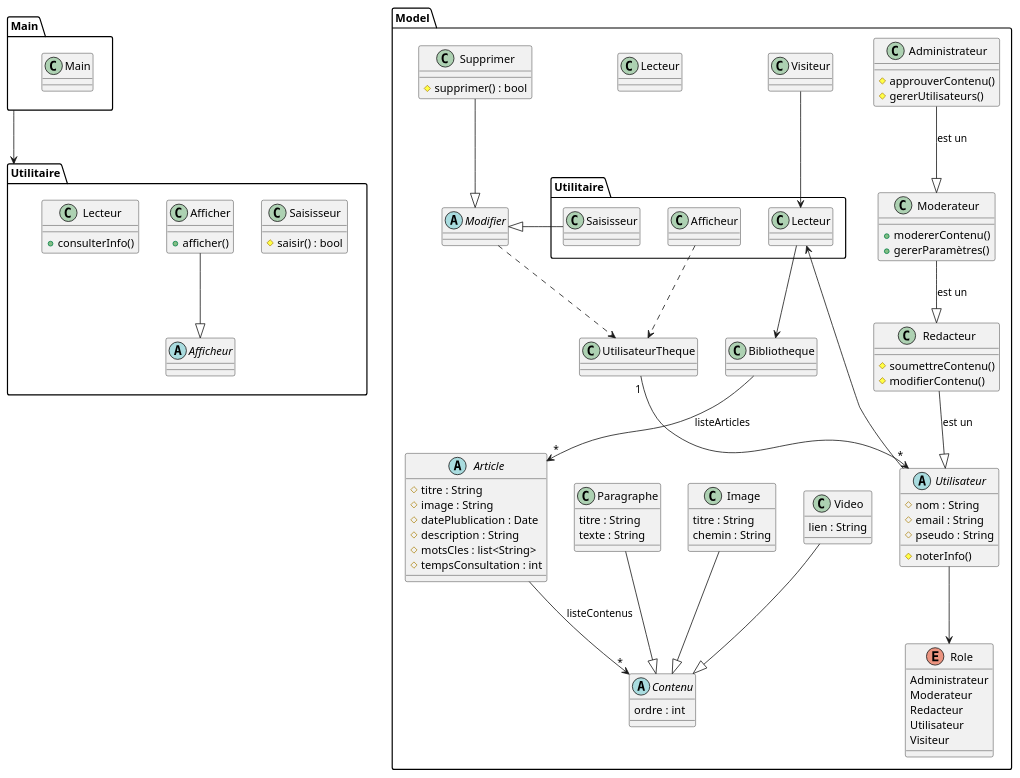
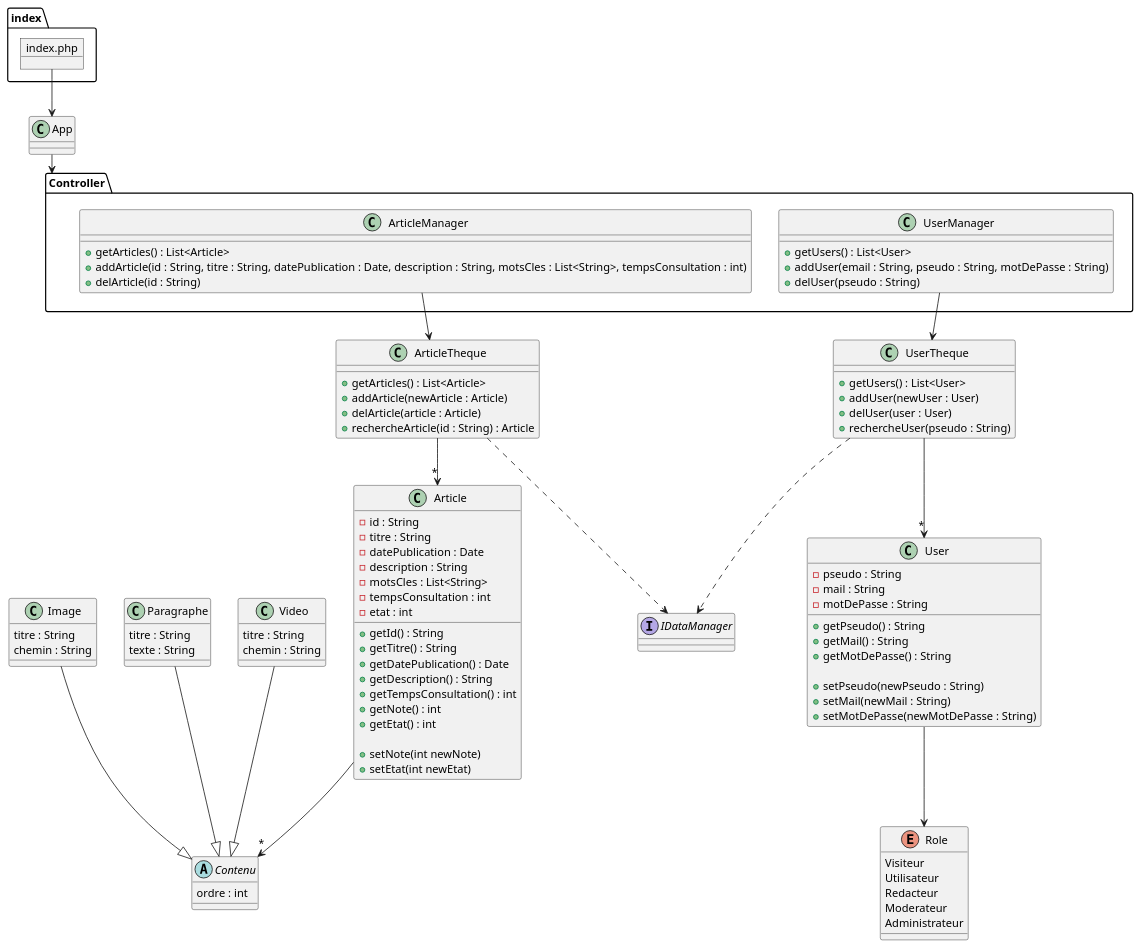
The diagram in Diagramme/diagrammeClasse.md (tonyfgs/Verax), drawn with PlantUML before and after one commit.

Commit message:
Modification du diagramme de classe, il est 'bien' mais pas complet ni solid

````diff
--- a/Diagramme/diagrammeClasse.md
+++ b/Diagramme/diagrammeClasse.md
@@ -2,113 +2,115 @@
 ```plantuml
 @startuml
-namespace Main{
-    class Main{}
+
+object index.php
+
+class App{
+
 }
-namespace Model{
-    class Visiteur{
+package Controller{
+    class ArticleManager{
+
+        + getArticles() : List<Article>
+        + addArticle(id : String, titre : String, datePublication : Date, description : String, motsCles : List<String>, tempsConsultation : int)
+        + delArticle(id : String)
     }
-    abstract Utilisateur {
-        # nom : String
-        # email : String
-        # pseudo : String
-        # noterInfo() 
+    class UserManager{
+
+        + getUsers() : List<User>
+        + addUser(email : String, pseudo : String, motDePasse : String)
+        + delUser(pseudo : String)
     }
-    class Redacteur {
-        # soumettreContenu()
-        # modifierContenu()
-    }
-    class Administrateur {
-        # approuverContenu()
-        # gererUtilisateurs()
-    }
-    class Moderateur {
-        + modererContenu()
-        + gererParamètres()
-    }
-    class UtilisateurTheque {
-    } 
-    class Lecteur{
-    }
-    abstract Modifier {
-    }
-    class Supprimer {
-        # supprimer() : bool
-    }
-
-    enum Role{
-        Administrateur
-        Moderateur
-        Redacteur
-        Utilisateur
-        Visiteur
-    }
-
-    abstract class Article{
-        # titre : String
-        # image : String
-        # datePlublication : Date
-        # description : String
-        # motsCles : list<String>
-        # tempsConsultation : int
-    }
-    abstract class Contenu{
-        ordre : int
-    }
-    class Image{
-        titre : String
-        chemin : String
-    }
-    class Paragraphe{
-        titre : String
-        texte : String
-    }
-    class Video{
-        lien : String
-    }
-    class Bibliotheque{}
-
-
-    Article --> "*" Contenu : "listeContenus"
-    Bibliotheque --> "*" Article : "listeArticles"
-
-    Paragraphe --|> Contenu
-    Image --|> Contenu
-    Video --|> Contenu
-
-    Redacteur --|> Utilisateur : est un
-    Moderateur --|>  Redacteur : est un
-    Administrateur --|> Moderateur : est un 
-    Utilisateur -->Role
-
-    Utilitaire.Lecteur --> Bibliotheque
-    UtilisateurTheque "1" --> "*"  Utilisateur
-    Modifier ..> UtilisateurTheque
-    Supprimer --|> Modifier
-
-    Utilisateur --> Utilitaire.Lecteur
-    Visiteur --> Utilitaire.Lecteur
-    Utilitaire.Saisisseur --|> Modifier
-    Utilitaire.Afficheur ..> UtilisateurTheque
 }
 
-namespace Utilitaire{
-    class Saisisseur {
-        # saisir() : bool
-    }
-    abstract Afficheur {
-        
-    }
-    class Afficher {
-        + afficher()
-    }
-    class Lecteur {
-        + consulterInfo()
-    }
-    Afficher --|> Afficheur
+class ArticleTheque{
+
+    + getArticles() : List<Article>
+    + addArticle(newArticle : Article)
+    + delArticle(article : Article)
+    + rechercheArticle(id : String) : Article
 }
+class Article{
+    - id : String
+    - titre : String
+    - datePublication : Date
+    - description : String
+    - motsCles : List<String>
+    - tempsConsultation : int
+    - etat : int
+
+    + getId() : String
+    + getTitre() : String
+    + getDatePublication() : Date
+    + getDescription() : String
+    + getTempsConsultation() : int
+    + getNote() : int
+    + getEtat() : int
+
+    + setNote(int newNote)
+    + setEtat(int newEtat)
+}
+abstract Contenu{
+    ordre : int
+}
+class Image{
+    titre : String
+    chemin : String
+}
+class Paragraphe{
+    titre : String
+    texte : String
+}
+class Video{
+    titre : String
+    chemin : String
+}
+
+class UserTheque{
     
-Main --> Utilitaire
- 
+    + getUsers() : List<User>
+    + addUser(newUser : User)
+    + delUser(user : User)
+    + rechercheUser(pseudo : String)
+}
+class User{
+    - pseudo : String
+    - mail : String
+    - motDePasse : String
+
+    + getPseudo() : String
+    + getMail() : String
+    + getMotDePasse() : String
+
+    + setPseudo(newPseudo : String)
+    + setMail(newMail : String)
+    + setMotDePasse(newMotDePasse : String)
+}
+enum Role{
+    Visiteur
+    Utilisateur
+    Redacteur
+    Moderateur
+    Administrateur
+}
+
+interface IDataManager{}
+
+index.php --> App
+App --> Controller
+
+ArticleManager --> ArticleTheque
+ArticleTheque --> "*" Article
+Article --> "*" Contenu
+Image --|> Contenu
+Paragraphe --|> Contenu
+Video --|> Contenu
+
+UserManager --> UserTheque
+UserTheque --> "*" User
+User --> Role
+
+ArticleTheque ..> IDataManager
+UserTheque ..> IDataManager
 
 @enduml
 
````
